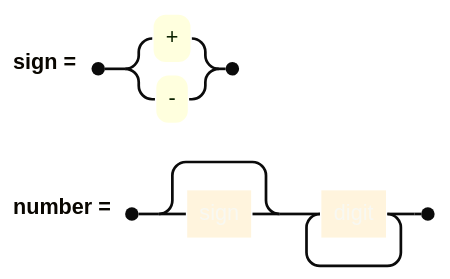
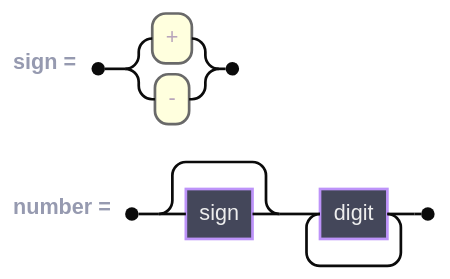
Diagram 20 of 21 in .claude/skills/mermaid-diagramming/references/syntax-extended.md (bsamiee/Rasm), drawn with Mermaid before and after one commit. The commit also changed other lines of this file and 48 other files, not shown here.

````diff
--- a/.claude/skills/mermaid-diagramming/references/syntax-extended.md
+++ b/.claude/skills/mermaid-diagramming/references/syntax-extended.md
@@ -405,15 +407,16 @@
 ```mermaid
 ---
 config:
   theme: base
   themeVariables:
     darkMode: true
     textColor: "#F8F8F2"
-    primaryTextColor: "#F8F8F2"
+    primaryColor: "#44475A"
+    primaryBorderColor: "#BD93F9"
 ---
 railroad-ebnf-beta
 title "Optional Sign"
 
 sign = "+" | "-" ;
 number = sign? digit+ ;
 ```
````
